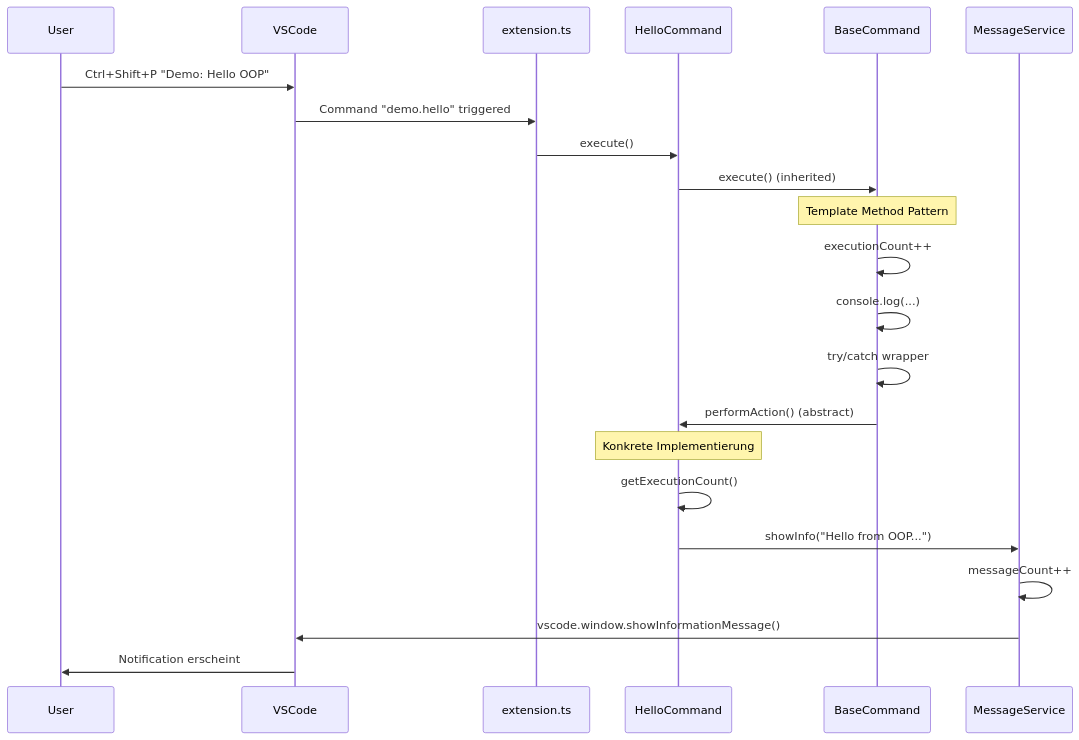
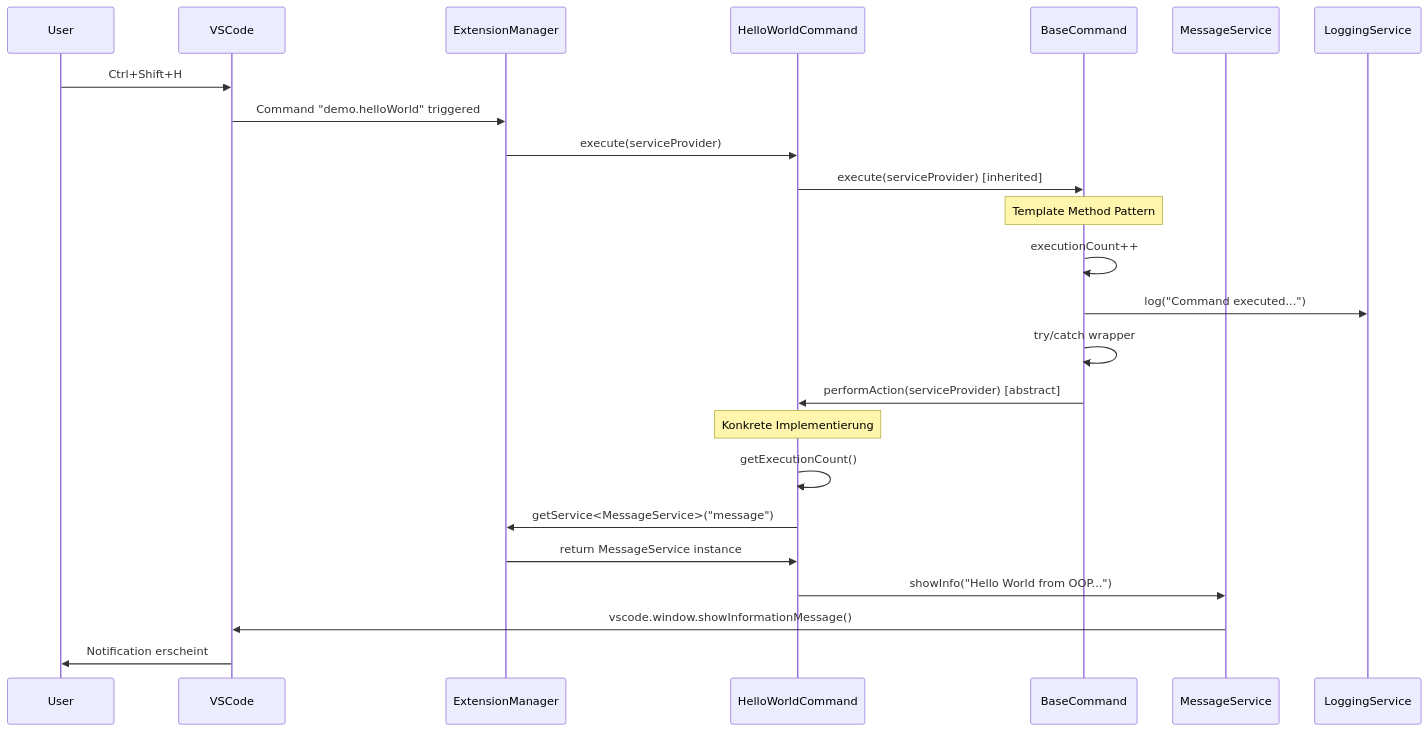
The third of 3 diagrams in README.md (nanolon/demo), drawn with Mermaid before and after one commit. The commit also changed other lines of this file and 2 other files, not shown here.

````diff
--- a/README.md
+++ b/README.md
@@ -109,27 +193,29 @@
 ```mermaid
 sequenceDiagram
     participant User
     participant VSCode
-    participant Extension as extension.ts
-    participant Cmd as HelloCommand
+    participant ExtMgr as ExtensionManager
+    participant Cmd as HelloWorldCommand
     participant Base as BaseCommand
-    participant Svc as MessageService
+    participant MsgSvc as MessageService
+    participant LogSvc as LoggingService
     
-    User->>VSCode: Ctrl+Shift+P "Demo: Hello OOP"
-    VSCode->>Extension: Command "demo.hello" triggered
-    Extension->>Cmd: execute()
-    Cmd->>Base: execute() (inherited)
+    User->>VSCode: Ctrl+Shift+H
+    VSCode->>ExtMgr: Command "demo.helloWorld" triggered
+    ExtMgr->>Cmd: execute(serviceProvider)
+    Cmd->>Base: execute(serviceProvider) [inherited]
     
     Note over Base: Template Method Pattern
     Base->>Base: executionCount++
-    Base->>Base: console.log(...)
+    Base->>LogSvc: log("Command executed...")
     Base->>Base: try/catch wrapper
-    Base->>Cmd: performAction() (abstract)
+    Base->>Cmd: performAction(serviceProvider) [abstract]
     
     Note over Cmd: Konkrete Implementierung
     Cmd->>Cmd: getExecutionCount()
-    Cmd->>Svc: showInfo("Hello from OOP...")
-    Svc->>Svc: messageCount++
-    Svc->>VSCode: vscode.window.showInformationMessage()
+    Cmd->>ExtMgr: getService<MessageService>("message")
+    ExtMgr->>Cmd: return MessageService instance
+    Cmd->>MsgSvc: showInfo("Hello World from OOP...")
+    MsgSvc->>VSCode: vscode.window.showInformationMessage()
     VSCode->>User: Notification erscheint
 ```
````
